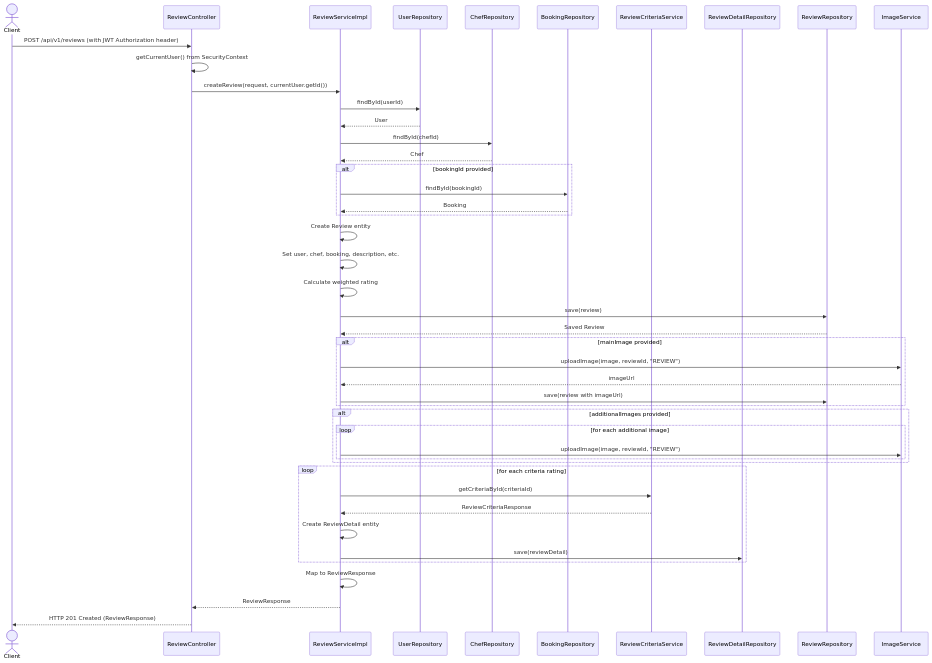
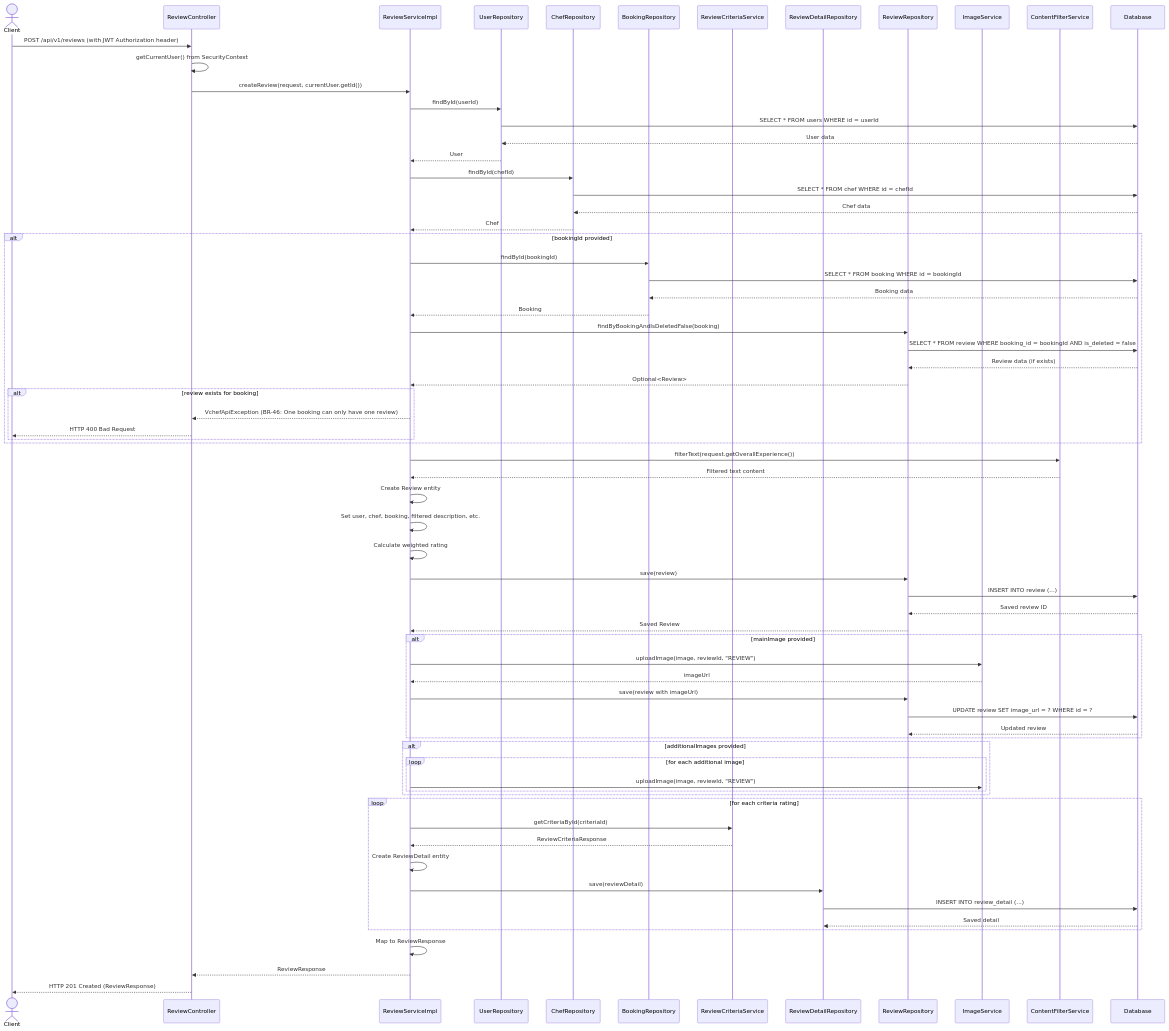
Before and after one commit to phongkhongxai/vietchef: the seventh of 11 diagrams in docs/Review System Diagrams.md, drawn with Mermaid. The commit also changed other lines of this file and 15 other files, not shown here.

```diff
--- a/docs/Review System Diagrams.md
+++ b/docs/Review System Diagrams.md
@@ -388,30 +410,57 @@
     participant DetailRepo as ReviewDetailRepository
     participant ReviewRepo as ReviewRepository
     participant ImageService as ImageService
+    participant ContentFilter as ContentFilterService
+    participant DB as Database
     
     Client->>Controller: POST /api/v1/reviews (with JWT Authorization header)
     Controller->>Controller: getCurrentUser() from SecurityContext
     Controller->>Service: createReview(request, currentUser.getId())
+    
     Service->>UserRepo: findById(userId)
+    UserRepo->>DB: SELECT * FROM users WHERE id = userId
+    DB-->>UserRepo: User data
     UserRepo-->>Service: User
+    
     Service->>ChefRepo: findById(chefId)
+    ChefRepo->>DB: SELECT * FROM chef WHERE id = chefId
+    DB-->>ChefRepo: Chef data
     ChefRepo-->>Service: Chef
     
     alt bookingId provided
         Service->>BookingRepo: findById(bookingId)
+        BookingRepo->>DB: SELECT * FROM booking WHERE id = bookingId
+        DB-->>BookingRepo: Booking data
         BookingRepo-->>Service: Booking
+        
+        Service->>ReviewRepo: findByBookingAndIsDeletedFalse(booking)
+        ReviewRepo->>DB: SELECT * FROM review WHERE booking_id = bookingId AND is_deleted = false
+        DB-->>ReviewRepo: Review data (if exists)
+        ReviewRepo-->>Service: Optional<Review>
+        
+        alt review exists for booking
+            Service-->>Controller: VchefApiException (BR-46: One booking can only have one review)
+            Controller-->>Client: HTTP 400 Bad Request
+        end
     end
     
+    Service->>ContentFilter: filterText(request.getOverallExperience())
+    ContentFilter-->>Service: Filtered text content
+    
     Service->>Service: Create Review entity
-    Service->>Service: Set user, chef, booking, description, etc.
+    Service->>Service: Set user, chef, booking, filtered description, etc.
     Service->>Service: Calculate weighted rating
     Service->>ReviewRepo: save(review)
+    ReviewRepo->>DB: INSERT INTO review (...)
+    DB-->>ReviewRepo: Saved review ID
     ReviewRepo-->>Service: Saved Review
     
     alt mainImage provided
         Service->>ImageService: uploadImage(image, reviewId, "REVIEW")
         ImageService-->>Service: imageUrl
         Service->>ReviewRepo: save(review with imageUrl)
+        ReviewRepo->>DB: UPDATE review SET image_url = ? WHERE id = ?
+        DB-->>ReviewRepo: Updated review
     end
     
     alt additionalImages provided
@@ -425,6 +474,8 @@
         CriteriaService-->>Service: ReviewCriteriaResponse
         Service->>Service: Create ReviewDetail entity
         Service->>DetailRepo: save(reviewDetail)
+        DetailRepo->>DB: INSERT INTO review_detail (...)
+        DB-->>DetailRepo: Saved detail
     end
     
     Service->>Service: Map to ReviewResponse
```
